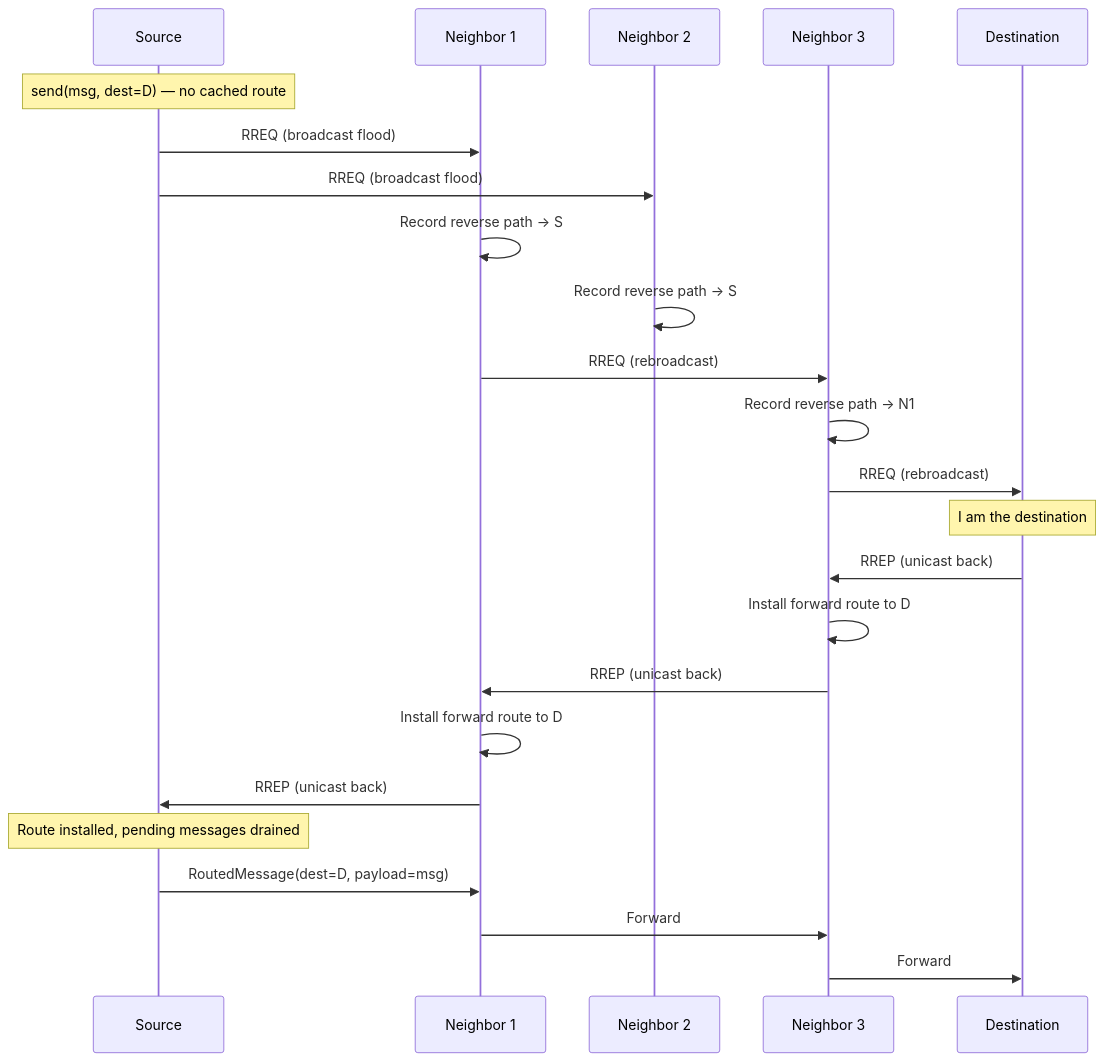
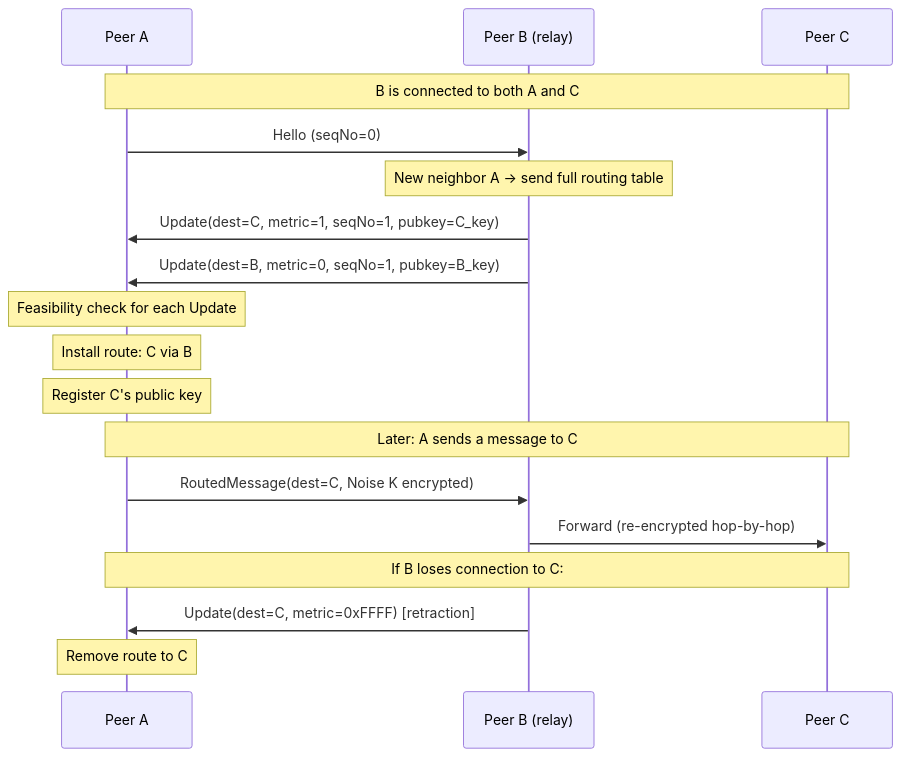
Before and after one commit to trancee/MeshLink: diagram 12 of 14 in docs/diagrams.md, drawn with Mermaid. The commit also changed other lines of this file and 5 other files, not shown here.

Commit message:
feat: Update documentation to reflect Babel protocol changes in routing and message formats

````diff
--- a/docs/diagrams.md
+++ b/docs/diagrams.md
@@ -434,34 +434,27 @@
 ```mermaid
 sequenceDiagram
-    participant S as Source
-    participant N1 as Neighbor 1
-    participant N2 as Neighbor 2
-    participant N3 as Neighbor 3
-    participant D as Destination
+    participant A as Peer A
+    participant B as Peer B (relay)
+    participant C as Peer C
 
-    Note over S: send(msg, dest=D) — no cached route
+    Note over A,C: B is connected to both A and C
 
-    S->>N1: RREQ (broadcast flood)
-    S->>N2: RREQ (broadcast flood)
+    A->>B: Hello (seqNo=0)
+    Note over B: New neighbor A → send full routing table
 
-    N1->>N1: Record reverse path → S
-    N2->>N2: Record reverse path → S
+    B->>A: Update(dest=C, metric=1, seqNo=1, pubkey=C_key)
+    B->>A: Update(dest=B, metric=0, seqNo=1, pubkey=B_key)
 
-    N1->>N3: RREQ (rebroadcast)
-    N3->>N3: Record reverse path → N1
+    Note over A: Feasibility check for each Update
+    Note over A: Install route: C via B
+    Note over A: Register C's public key
 
-    N3->>D: RREQ (rebroadcast)
-    Note over D: I am the destination
+    Note over A,C: Later: A sends a message to C
 
-    D->>N3: RREP (unicast back)
-    N3->>N3: Install forward route to D
-    N3->>N1: RREP (unicast back)
-    N1->>N1: Install forward route to D
-    N1->>S: RREP (unicast back)
+    A->>B: RoutedMessage(dest=C, Noise K encrypted)
+    B->>C: Forward (re-encrypted hop-by-hop)
 
-    Note over S: Route installed, pending messages drained
-
-    S->>N1: RoutedMessage(dest=D, payload=msg)
-    N1->>N3: Forward
-    N3->>D: Forward
+    Note over A,C: If B loses connection to C:
+    B->>A: Update(dest=C, metric=0xFFFF) [retraction]
+    Note over A: Remove route to C
 ```
````
